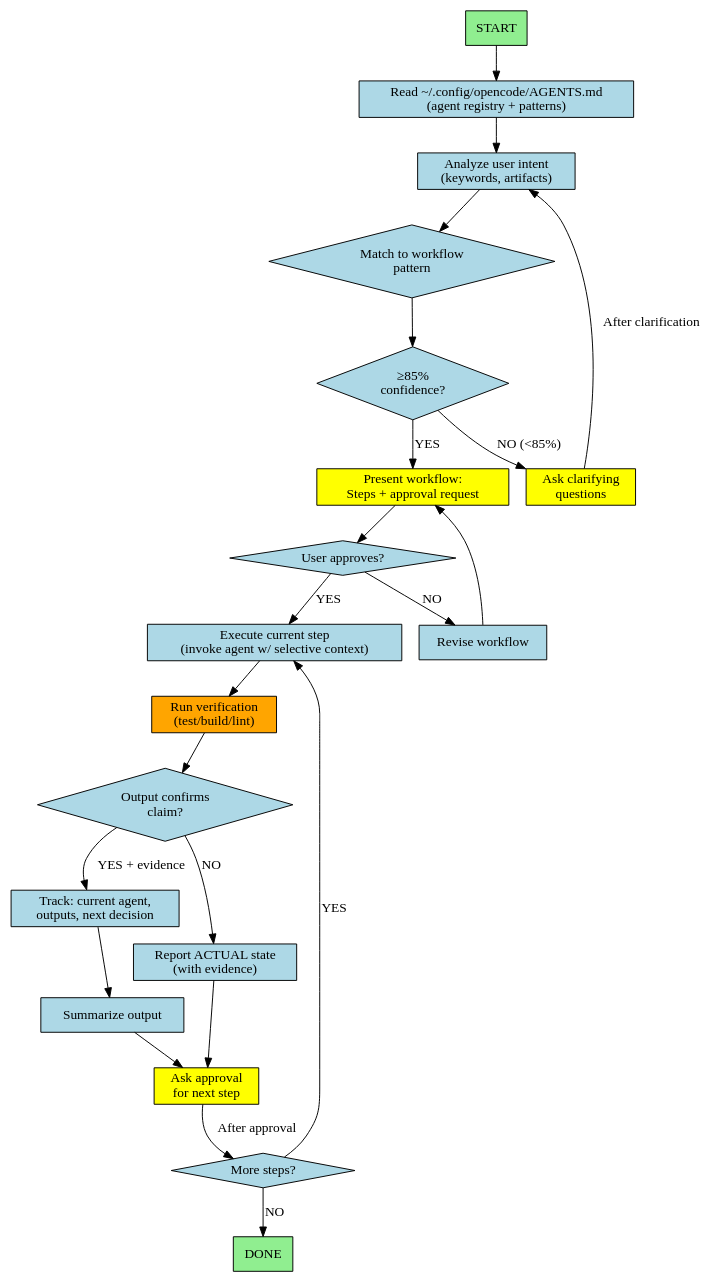
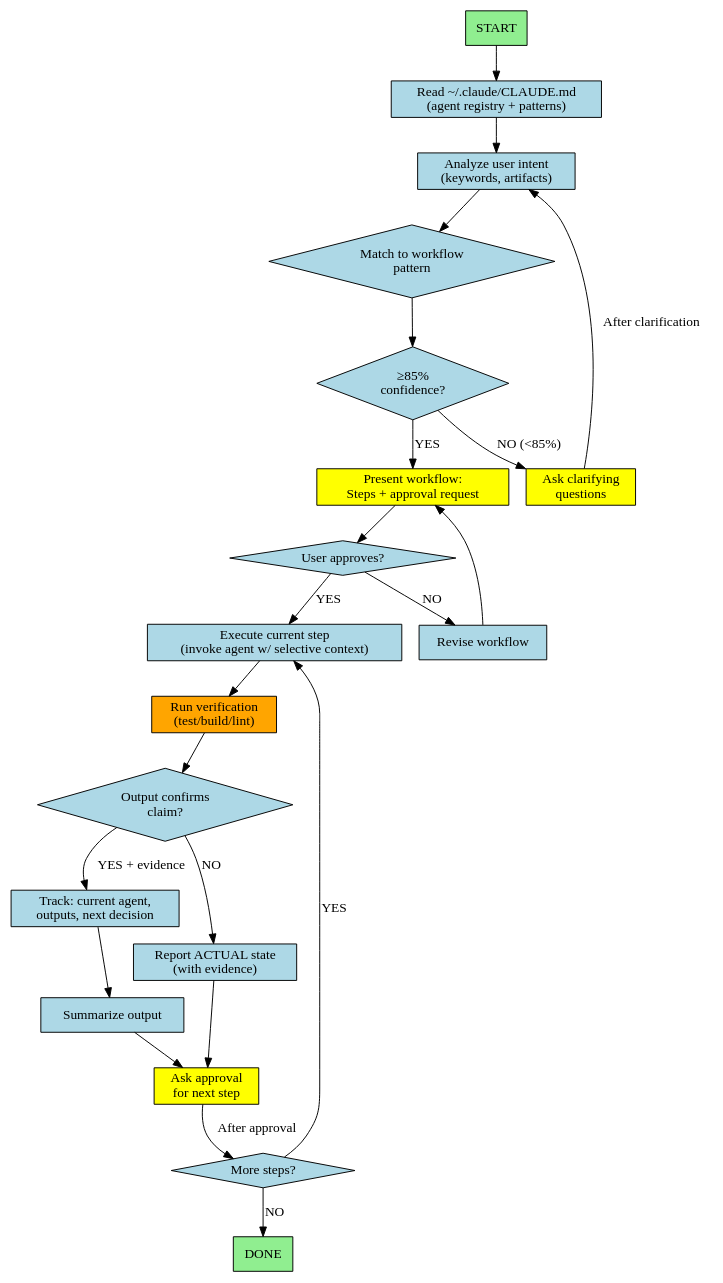
One commit to amrhas82/agentic-toolkit changed the diagram in ai/subagentic/opencode/agent/orchestrator.md. Above: the diagram before and after it, drawn with Graphviz. The commit also changed other lines of this file and 74 other files, not shown here.

First line of the commit message:
Agent Consolidation: 15→14 agents, 22→11 core skills

````diff
--- a/ai/subagentic/opencode/agent/orchestrator.md
+++ b/ai/subagentic/opencode/agent/orchestrator.md
@@ -12,47 +12,47 @@
 ```dot
 digraph Orchestrator {
   rankdir=TB;
   node [shape=box, style=filled, fillcolor=lightblue];
 
   start [label="START", fillcolor=lightgreen];
-  read_opencode [label="Read ~/.config/opencode/AGENTS.md\n(agent registry + patterns)"];
+  read_claude [label="Read ~/.claude/CLAUDE.md\n(agent registry + patterns)"];
   analyze_intent [label="Analyze user intent\n(keywords, artifacts)"];
   match_pattern [label="Match to workflow\npattern", shape=diamond];
   confidence [label="≥85%\nconfidence?", shape=diamond];
   ask_clarify [label="Ask clarifying\nquestions", fillcolor=yellow];
   present_workflow [label="Present workflow:\nSteps + approval request", fillcolor=yellow];
   approval [label="User approves?", shape=diamond];
   revise [label="Revise workflow"];
   execute_step [label="Execute current step\n(invoke agent w/ selective context)"];
   verify_claim [label="Run verification\n(test/build/lint)", fillcolor=orange];
   claim_valid [label="Output confirms\nclaim?", shape=diamond];
   report_actual [label="Report ACTUAL state\n(with evidence)"];
   summarize [label="Summarize output"];
   ask_next [label="Ask approval\nfor next step", fillcolor=yellow];
   more_steps [label="More steps?", shape=diamond];
   track_state [label="Track: current agent,\noutputs, next decision"];
   done [label="DONE", fillcolor=lightgreen];
 
-  start -> read_opencode;
-  read_opencode -> analyze_intent;
+  start -> read_claude;
+  read_claude -> analyze_intent;
   analyze_intent -> match_pattern;
   match_pattern -> confidence;
   confidence -> ask_clarify [label="NO (<85%)"];
   confidence -> present_workflow [label="YES"];
   ask_clarify -> analyze_intent [label="After clarification"];
   present_workflow -> approval;
   approval -> revise [label="NO"];
   approval -> execute_step [label="YES"];
   revise -> present_workflow;
   execute_step -> verify_claim;
   verify_claim -> claim_valid;
   claim_valid -> track_state [label="YES + evidence"];
   claim_valid -> report_actual [label="NO"];
   report_actual -> ask_next;
   track_state -> summarize;
   summarize -> ask_next;
   ask_next -> more_steps [label="After approval"];
   more_steps -> execute_step [label="YES"];
   more_steps -> done [label="NO"];
 }
 ```
````
